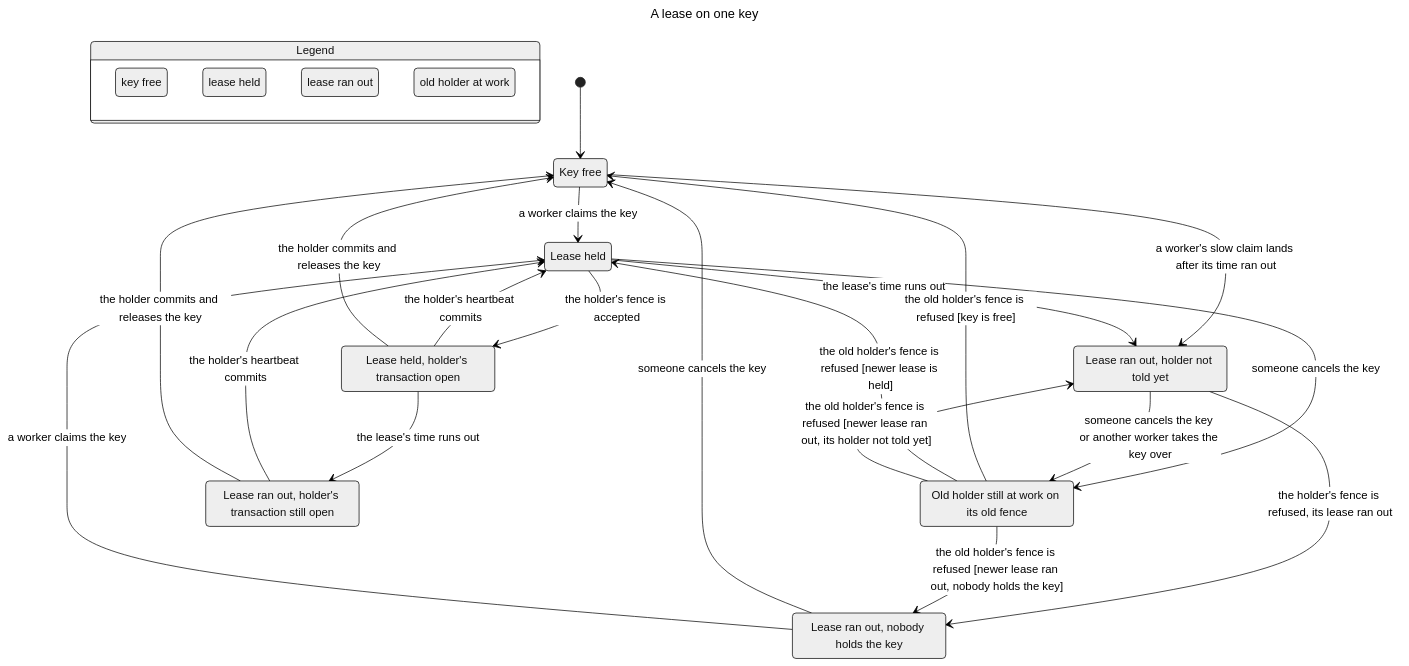
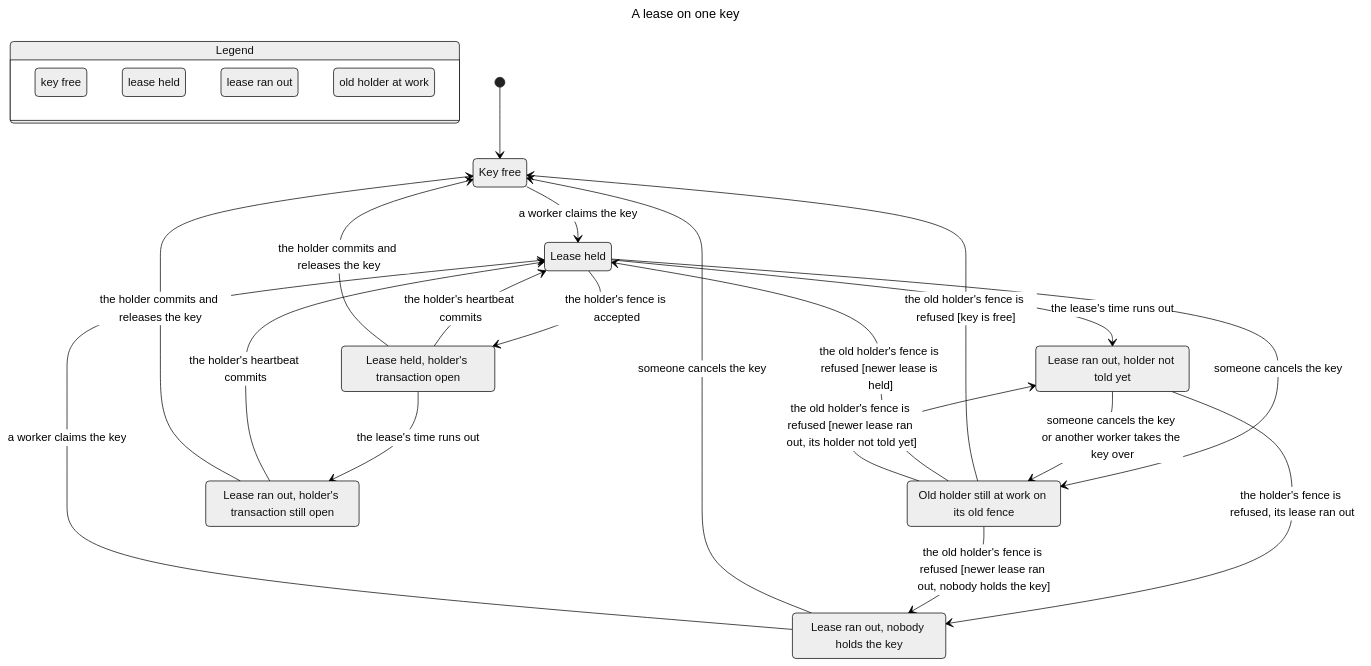
The diagram in verification/persistence/chart.mmd (Tyler-R-Kendrick/ceremony), drawn with Mermaid (neutral theme) before and after one commit. The commit also changed 22 other files, not shown here.

```diff
--- a/verification/persistence/chart.mmd
+++ b/verification/persistence/chart.mmd
@@ -1,47 +1,46 @@
 ---
 title: "A lease on one key"
 ---
 stateDiagram-v2
   state "Legend" as legend {
     lg0: key free
     lg1: lease held
     lg2: lease ran out
     lg3: old holder at work
   }
   class lg0 tan
   class lg1 teal
   class lg2 orange
   class lg3 purple
   s0: Key free
   s1: Lease held
   s2: Lease held, holder's transaction open
   s3: Lease ran out, holder not told yet
   s4: Old holder still at work on its old fence
   s5: Lease ran out, nobody holds the key
   s6: Lease ran out, holder's transaction still open
   [*] --> s0
   s0 --> s1: a worker claims the key
-  s0 --> s3: a worker's slow claim lands after its time ran out
   s1 --> s2: the holder's fence is accepted
   s1 --> s3: the lease's time runs out
   s1 --> s4: someone cancels the key
   s2 --> s1: the holder's heartbeat commits
   s2 --> s0: the holder commits and releases the key
   s2 --> s6: the lease's time runs out
   s3 --> s5: the holder's fence is refused, its lease ran out
   s3 --> s4: someone cancels the key or another worker takes the key over
   s4 --> s0: the old holder's fence is refused [key is free]
   s5 --> s0: someone cancels the key
   s6 --> s1: the holder's heartbeat commits
   s6 --> s0: the holder commits and releases the key
   s5 --> s1: a worker claims the key
   s4 --> s1: the old holder's fence is refused [newer lease is held]
   s4 --> s3: the old holder's fence is refused [newer lease ran out, its holder not told yet]
   s4 --> s5: the old holder's fence is refused [newer lease ran out, nobody holds the key]
   class s0 tan
   class s1 teal
   class s2 teal
   class s3 orange
   class s4 purple
   class s5 orange
   class s6 orange
```
